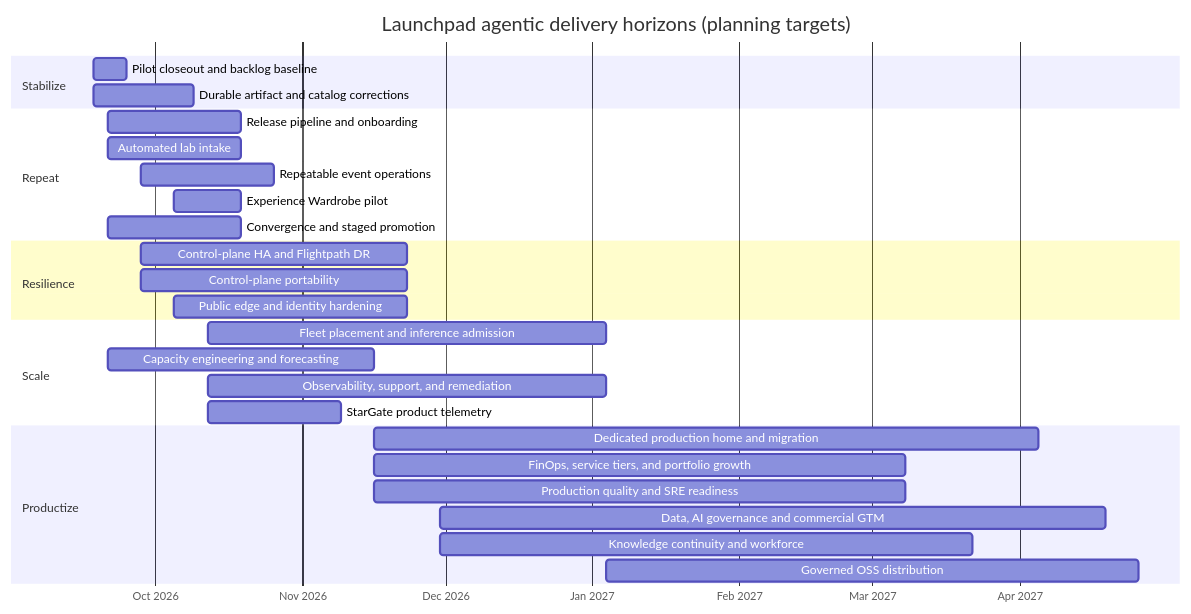
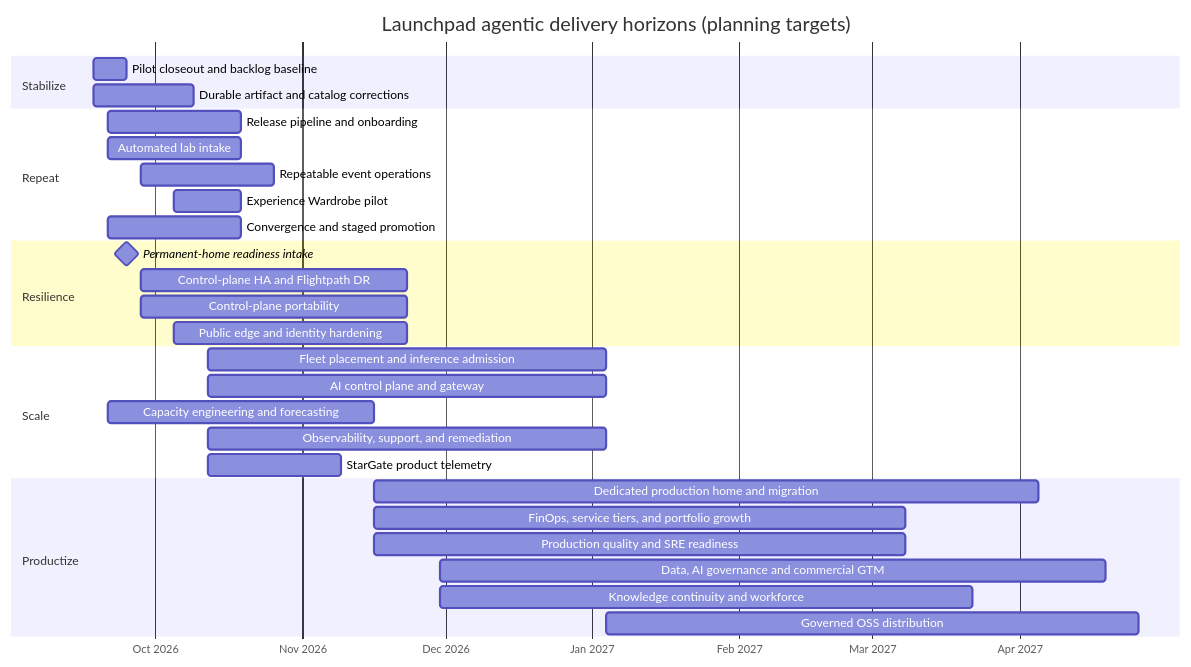
The diagram in docs/product-delivery-roadmap.md (jkershawrh/launchpad), drawn with Mermaid before and after one commit. The commit also changed other lines of this file and 8 other files, not shown here.

Commit message:
Add AI control plane roadmap track

````diff
--- a/docs/product-delivery-roadmap.md
+++ b/docs/product-delivery-roadmap.md
@@ -96,36 +96,38 @@
 ```mermaid
 gantt
     title Launchpad agentic delivery horizons (planning targets)
     dateFormat  YYYY-MM-DD
     axisFormat  %b %Y
 
     section Stabilize
     Pilot closeout and backlog baseline       :h0, 2026-09-18, 1w
     Durable artifact and catalog corrections  :h0a, 2026-09-18, 3w
 
     section Repeat
     Release pipeline and onboarding            :h1, 2026-09-21, 4w
     Automated lab intake                        :h1c, 2026-09-21, 4w
     Repeatable event operations                :h1a, 2026-09-28, 4w
     Experience Wardrobe pilot                  :h1b, 2026-10-05, 2w
     Convergence and staged promotion            :h1d, 2026-09-21, 4w
 
     section Resilience
+    Permanent-home readiness intake             :milestone, home, 2026-09-25, 0d
     Control-plane HA and Flightpath DR          :h2, 2026-09-28, 8w
     Control-plane portability                   :h2b, 2026-09-28, 8w
     Public edge and identity hardening          :h2a, 2026-10-05, 7w
 
     section Scale
     Fleet placement and inference admission     :h3, 2026-10-12, 12w
+    AI control plane and gateway                 :h3d, 2026-10-12, 12w
     Capacity engineering and forecasting        :h3c, 2026-09-21, 8w
     Observability, support, and remediation      :h3a, 2026-10-12, 12w
     StarGate product telemetry                  :h3b, 2026-10-12, 4w
 
     section Productize
     Dedicated production home and migration     :h4, 2026-11-16, 20w
     FinOps, service tiers, and portfolio growth  :h4a, 2026-11-16, 16w
     Production quality and SRE readiness         :h4b, 2026-11-16, 16w
     Data, AI governance and commercial GTM       :h4c, 2026-11-30, 20w
     Knowledge continuity and workforce           :h4d, 2026-11-30, 16w
     Governed OSS distribution                    :h4e, 2027-01-04, 16w
 ```
````
